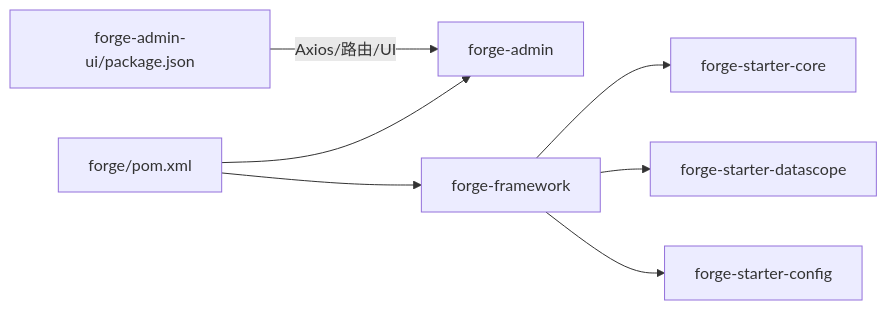
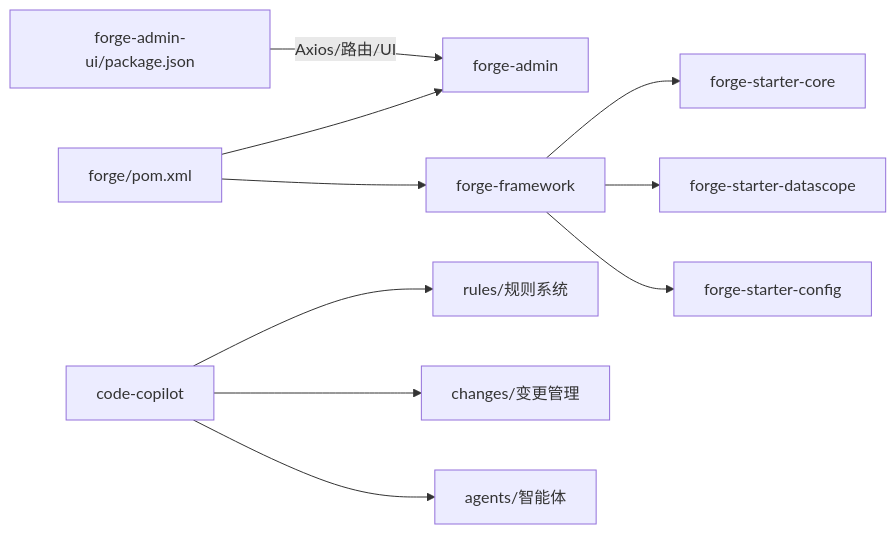
One commit to yaomindong1996/forge-admin changed the eighth of 8 diagrams in .qoder/repowiki/zh/content/开发指南/开发指南.md. Above: the diagram before and after it, drawn with Mermaid. The commit also changed other lines of this file and 57 other files, not shown here.

````diff
--- a/.qoder/repowiki/zh/content/开发指南/开发指南.md
+++ b/.qoder/repowiki/zh/content/开发指南/开发指南.md
@@ -213,9 +396,12 @@
 ```mermaid
 graph LR
 POM["forge/pom.xml"] --> MOD1["forge-admin"]
 POM --> MOD2["forge-framework"]
 MOD2 --> ST1["forge-starter-core"]
 MOD2 --> ST2["forge-starter-datascope"]
 MOD2 --> ST3["forge-starter-config"]
 FE["forge-admin-ui/package.json"] --> |Axios/路由/UI| MOD1
+AI["code-copilot"] --> RULES["rules/规则系统"]
+AI --> CHANGES["changes/变更管理"]
+AI --> AGENTS["agents/智能体"]
 ```
````
